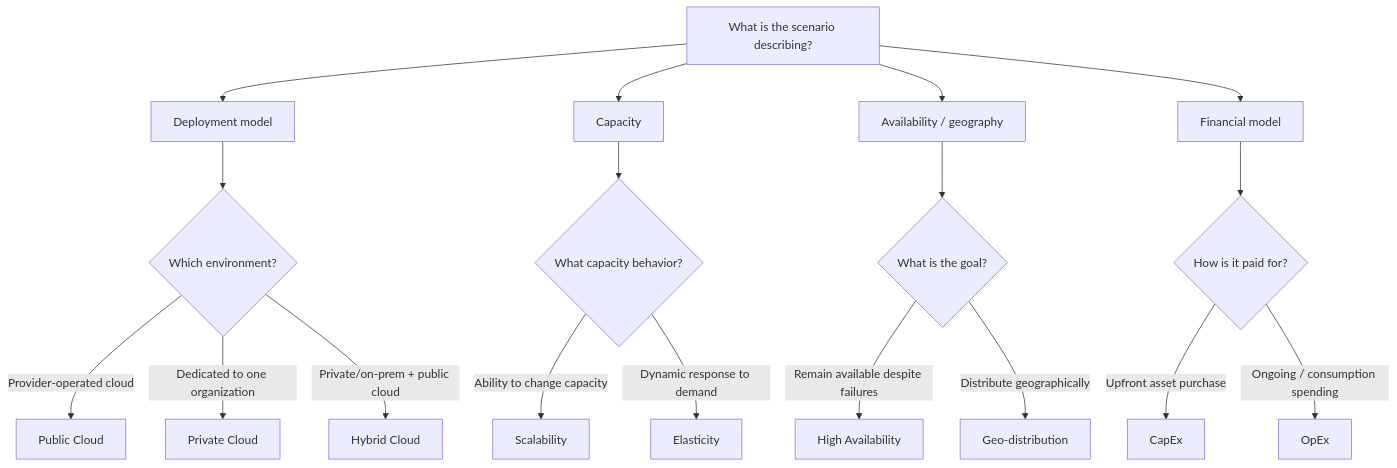
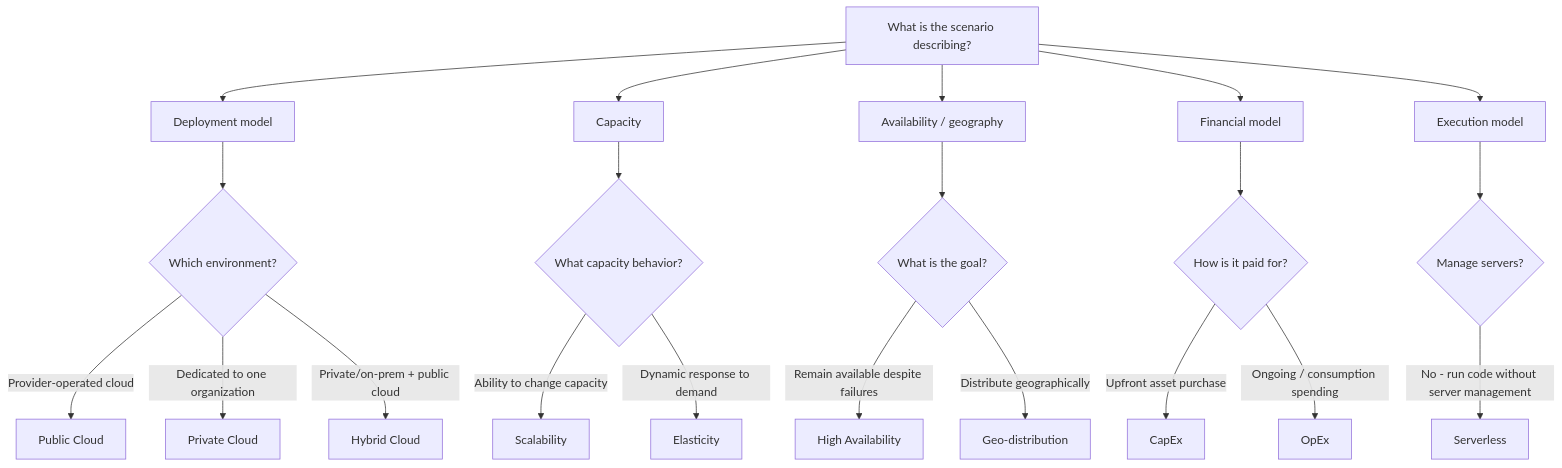
The diagram in exam/decision-trees/cloud-decision-tree.md (zhyordanova/azure-fundamentals-handbook), drawn with Mermaid before and after one commit. The commit also changed other lines of this file and 13 other files, not shown here.

````diff
--- a/exam/decision-trees/cloud-decision-tree.md
+++ b/exam/decision-trees/cloud-decision-tree.md
@@ -5,25 +5,29 @@
 ```mermaid
 flowchart TD
     A["What is the scenario describing?"]
     A --> B["Deployment model"]
     A --> C["Capacity"]
     A --> D["Availability / geography"]
     A --> E["Financial model"]
+    A --> F["Execution model"]
 
     B --> B1{"Which environment?"}
     B1 -->|"Provider-operated cloud"| PUB["Public Cloud"]
     B1 -->|"Dedicated to one organization"| PRI["Private Cloud"]
     B1 -->|"Private/on-prem + public cloud"| HYB["Hybrid Cloud"]
 
     C --> C1{"What capacity behavior?"}
     C1 -->|"Ability to change capacity"| SCALE["Scalability"]
     C1 -->|"Dynamic response to demand"| ELASTIC["Elasticity"]
 
     D --> D1{"What is the goal?"}
     D1 -->|"Remain available despite failures"| HA["High Availability"]
     D1 -->|"Distribute geographically"| GEO["Geo-distribution"]
 
     E --> E1{"How is it paid for?"}
     E1 -->|"Upfront asset purchase"| CAPEX["CapEx"]
     E1 -->|"Ongoing / consumption spending"| OPEX["OpEx"]
+
+    F --> F1{"Manage servers?"}
+    F1 -->|"No - run code without server management"| SERVERLESS["Serverless"]
 ```
````
